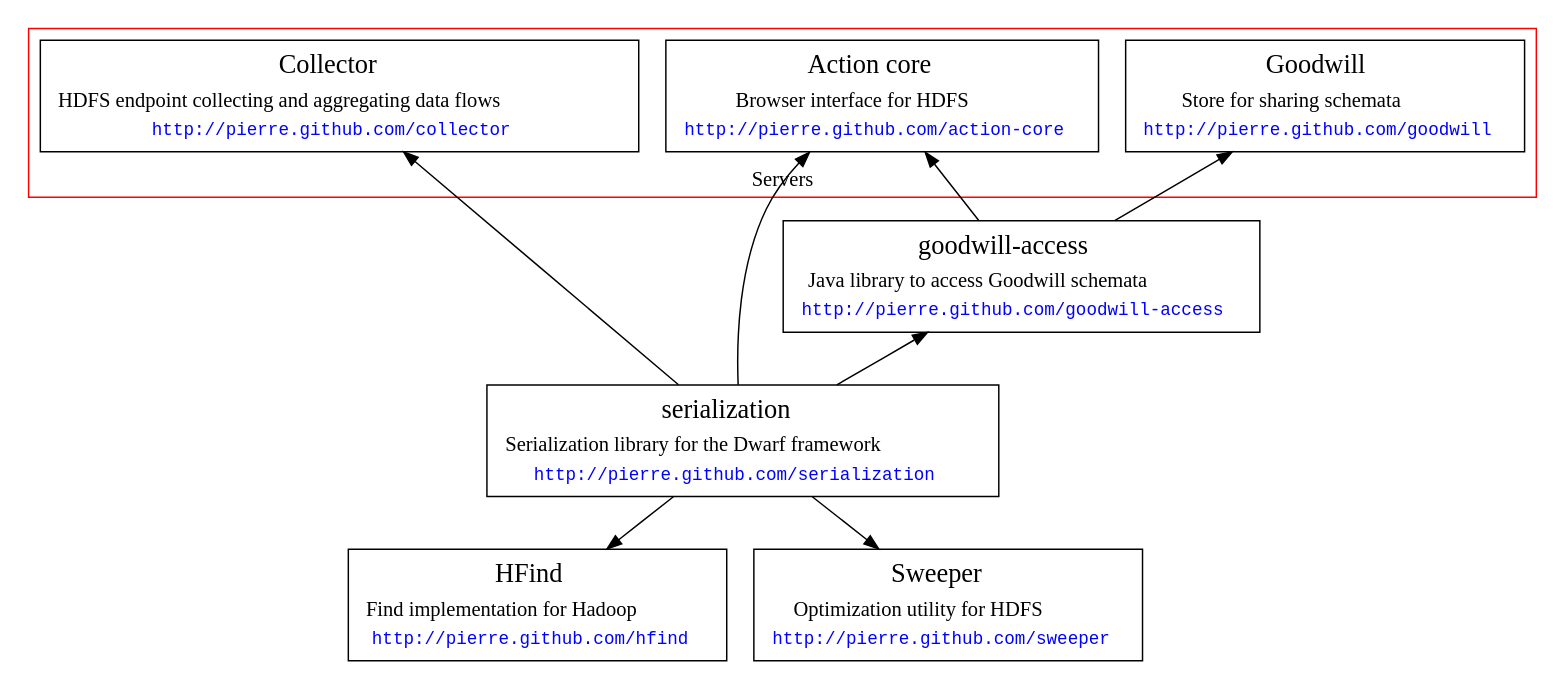
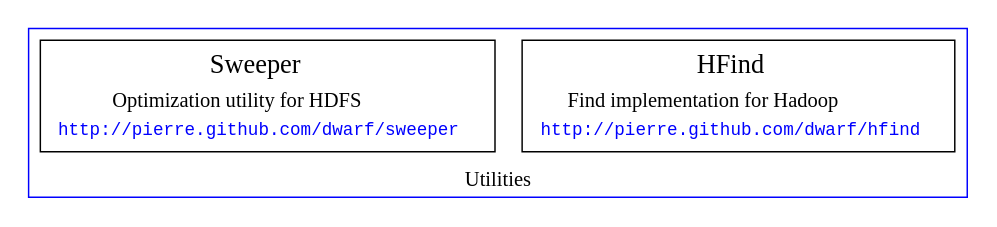
Before and after one commit to pierre/dwarf: the diagram in resources/overview.dot, drawn with Graphviz. The commit also changed 4 other files, not shown here.

Commit message:
index: update main graphic

```diff
--- a/resources/overview.dot
+++ b/resources/overview.dot
@@ -1,78 +1,21 @@
 digraph g {
     rankdir = BT;
     node [shape = box];
-    root = serialization;
-
-    subgraph cluster_ui {
-        label = "Servers";
-        color = red;
-        goodwill [
-            label=<<TABLE BORDER="0">
-                <TR><TD><FONT POINT-SIZE="18">Goodwill</FONT></TD></TR>
-                <TR><TD>Store for sharing schemata</TD></TR>
-                <TR><TD HREF="http://pierre.github.com/goodwill"><FONT POINT-SIZE="12" FACE="Courier" COLOR="blue">http://pierre.github.com/goodwill</FONT></TD></TR>
-               </TABLE>>];
-        actioncore [
-           label=<<TABLE BORDER="0">
-               <TR><TD><FONT POINT-SIZE="18">Action core</FONT></TD></TR>
-               <TR><TD>Browser interface for HDFS</TD></TR>
-               <TR><TD HREF="http://pierre.github.com/action-core"><FONT POINT-SIZE="12" FACE="Courier" COLOR="blue">http://pierre.github.com/action-core</FONT></TD></TR>
-              </TABLE>>];
-        collector [
-          label=<<TABLE BORDER="0">
-              <TR><TD><FONT POINT-SIZE="18">Collector</FONT></TD></TR>
-              <TR><TD>HDFS endpoint collecting and aggregating data flows</TD></TR>
-              <TR><TD HREF="http://pierre.github.com/collector"><FONT POINT-SIZE="12" FACE="Courier" COLOR="blue">http://pierre.github.com/collector</FONT></TD></TR>
-             </TABLE>>];
-    }
-
-    subgraph cluster_libraries {
-        color = white;
-        goodwillaccess [
-            label=<<TABLE BORDER="0">
-                <TR><TD><FONT POINT-SIZE="18">goodwill-access</FONT></TD></TR>
-                <TR><TD>Java library to access Goodwill schemata</TD></TR>
-                <TR><TD HREF="http://pierre.github.com/goodwill-access"><FONT POINT-SIZE="12" FACE="Courier" COLOR="blue">http://pierre.github.com/goodwill-access</FONT></TD></TR>
-               </TABLE>>];
-
-    }
 
     subgraph cluster_utils {
         label = "Utilities";
         color = blue;
         hfind [
            label=<<TABLE BORDER="0">
                <TR><TD><FONT POINT-SIZE="18">HFind</FONT></TD></TR>
                <TR><TD>Find implementation for Hadoop</TD></TR>
-               <TR><TD HREF="http://pierre.github.com/hfind"><FONT POINT-SIZE="12" FACE="Courier" COLOR="blue">http://pierre.github.com/hfind</FONT></TD></TR>
+               <TR><TD HREF="http://pierre.github.com/dwarf/hfind"><FONT POINT-SIZE="12" FACE="Courier" COLOR="blue">http://pierre.github.com/dwarf/hfind</FONT></TD></TR>
               </TABLE>>];
         sweeper [
            label=<<TABLE BORDER="0">
                <TR><TD><FONT POINT-SIZE="18">Sweeper</FONT></TD></TR>
                <TR><TD>Optimization utility for HDFS</TD></TR>
-               <TR><TD HREF="http://pierre.github.com/sweeper"><FONT POINT-SIZE="12" FACE="Courier" COLOR="blue">http://pierre.github.com/sweeper</FONT></TD></TR>
+               <TR><TD HREF="http://pierre.github.com/dwarf/sweeper"><FONT POINT-SIZE="12" FACE="Courier" COLOR="blue">http://pierre.github.com/dwarf/sweeper</FONT></TD></TR>
               </TABLE>>];
     }
-
-    subgraph cluster_lowlevel {
-        color = white;
-        serialization [
-            label=<<TABLE BORDER="0">
-                <TR><TD><FONT POINT-SIZE="18">serialization</FONT></TD></TR>
-                <TR><TD>Serialization library for the Dwarf framework</TD></TR>
-                <TR><TD HREF="http://pierre.github.com/serialization"><FONT POINT-SIZE="12" FACE="Courier" COLOR="blue">http://pierre.github.com/serialization</FONT></TD></TR>
-               </TABLE>>];
-    }
-
-    goodwillaccess -> goodwill;
-    goodwillaccess -> actioncore;
-
-    serialization -> actioncore;
-    serialization -> goodwillaccess;
-    serialization -> collector;
-
-    serialization -> hfind;
-    serialization -> sweeper;
-
-    {rank=min; hfind; sweeper};
 }
```
